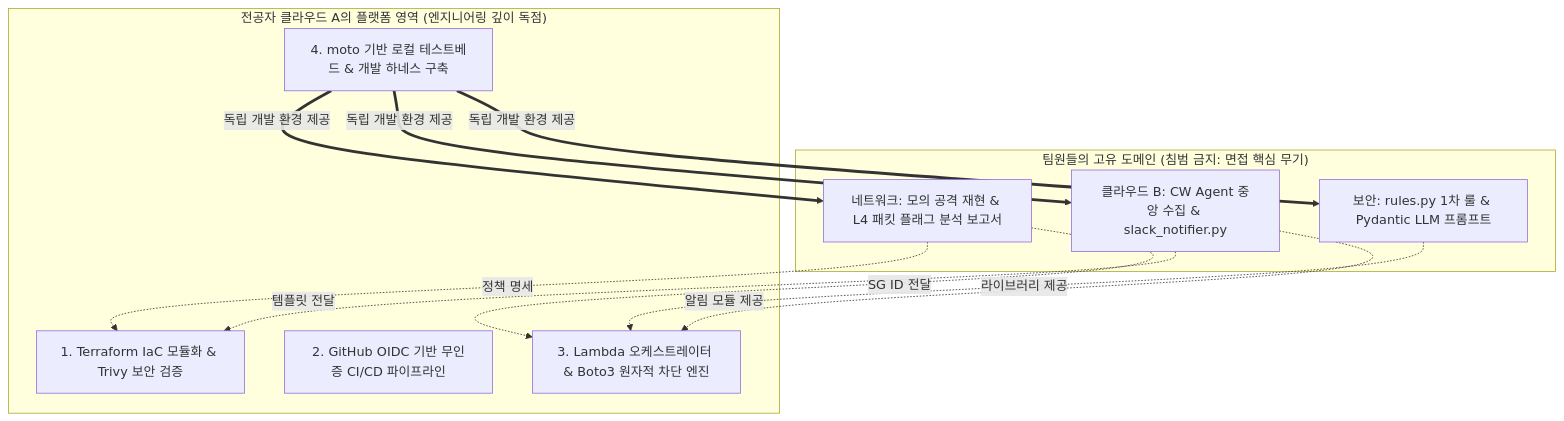
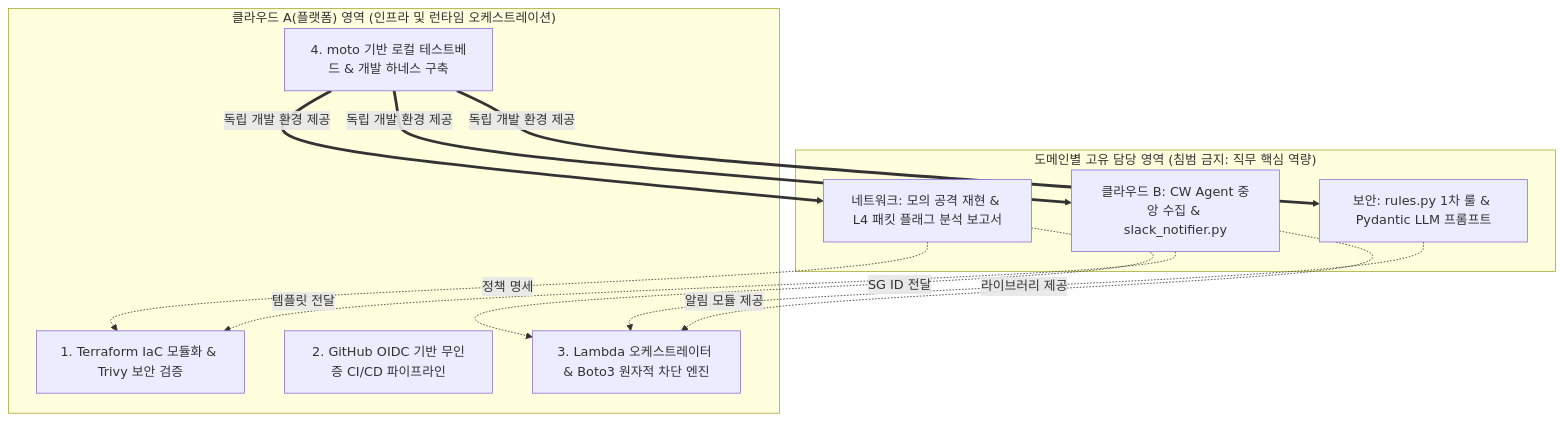
Before and after one commit to mmmphyun/aleph-project: the diagram in docs/01_project_overview.md, drawn with Mermaid. The commit also changed other lines of this file and 38 other files, not shown here.

````diff
--- a/docs/01_project_overview.md
+++ b/docs/01_project_overview.md
@@ -74,25 +74,25 @@
 ```mermaid
 flowchart TD
-    subgraph S1 ["팀원들의 고유 도메인 (침범 금지: 면접 핵심 무기)"]
+    subgraph S1 ["도메인별 고유 담당 영역 (침범 금지: 직무 핵심 역량)"]
         NET["네트워크: 모의 공격 재현 & L4 패킷 플래그 분석 보고서"]
         SEC["보안: rules.py 1차 룰 & Pydantic LLM 프롬프트"]
         CLB["클라우드 B: CW Agent 중앙 수집 & slack_notifier.py"]
     end
 
-    subgraph S2 ["전공자 클라우드 A의 플랫폼 영역 (엔지니어링 깊이 독점)"]
+    subgraph S2 ["클라우드 A(플랫폼) 영역 (인프라 및 런타임 오케스트레이션)"]
         TF["1. Terraform IaC 모듈화 & Trivy 보안 검증"]
         CICD["2. GitHub OIDC 기반 무인증 CI/CD 파이프라인"]
         ORCH["3. Lambda 오케스트레이터 & Boto3 원자적 차단 엔진"]
         HARNESS["4. moto 기반 로컬 테스트베드 & 개발 하네스 구축"]
     end
 
     NET -.->|정책 명세| TF
     NET -.->|SG ID 전달| ORCH
     SEC -.->|라이브러리 제공| ORCH
     CLB -.->|템플릿 전달| TF
     CLB -.->|알림 모듈 제공| ORCH
 
     HARNESS ==>|독립 개발 환경 제공| NET
     HARNESS ==>|독립 개발 환경 제공| SEC
     HARNESS ==>|독립 개발 환경 제공| CLB
 ```
````
